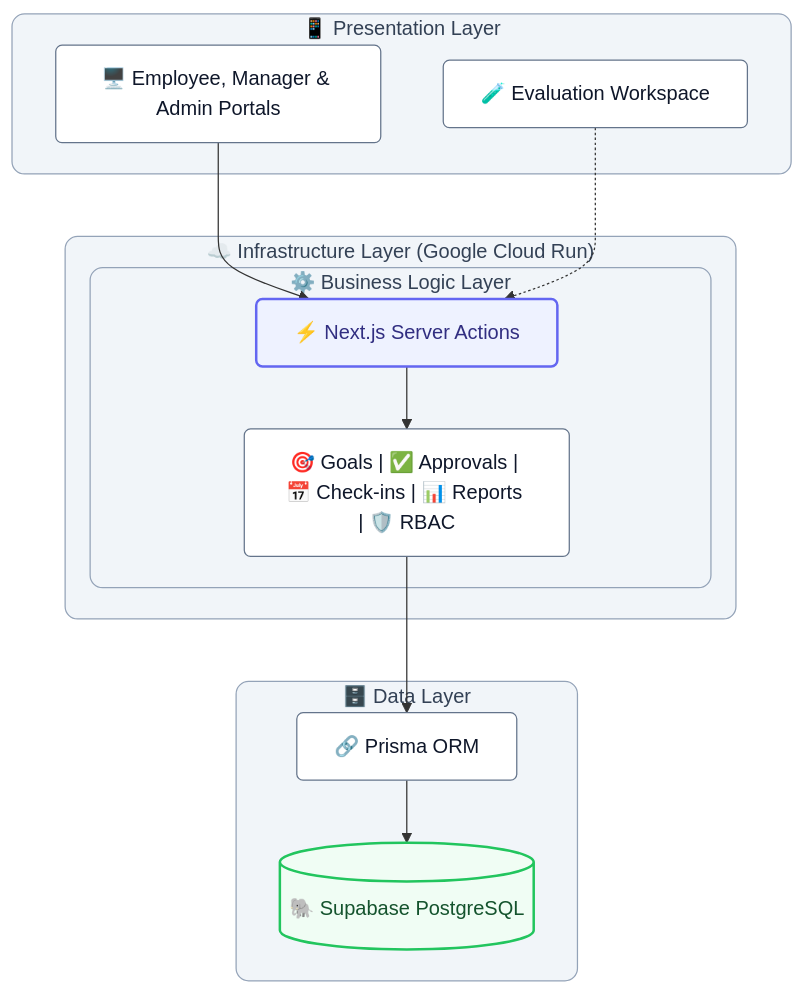
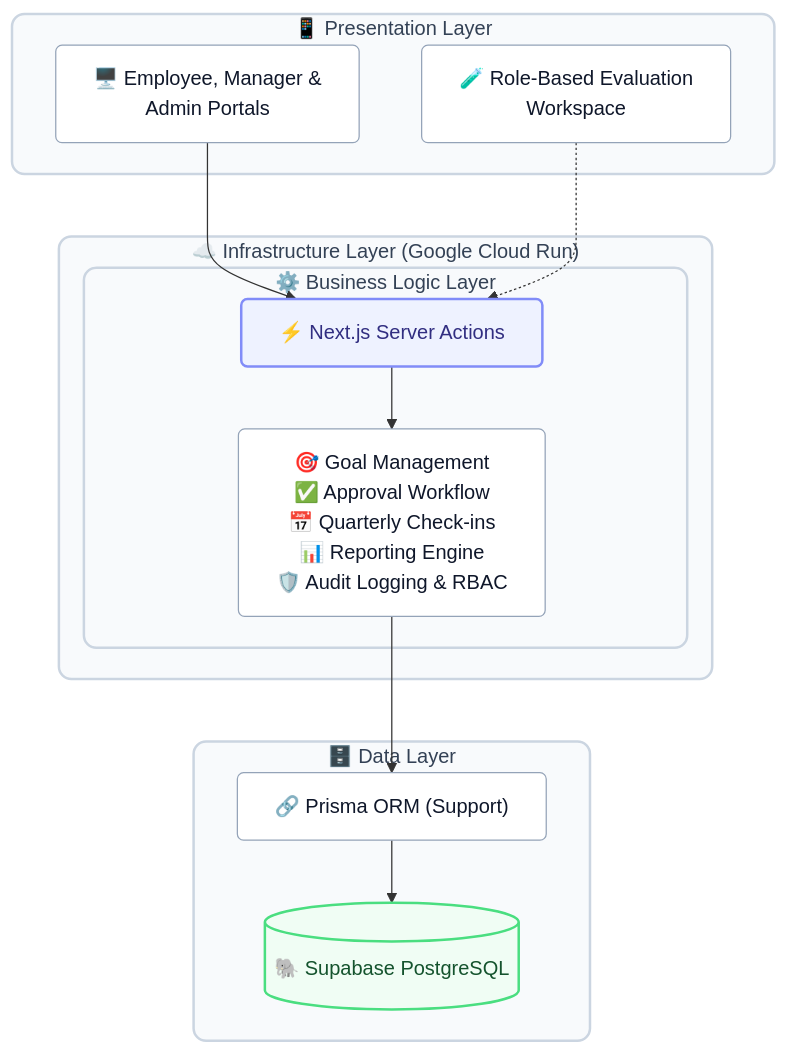
Before and after one commit to prakyath006/Velora: the diagram in README.md, drawn with Mermaid.

Commit message:
Revert architecture diagram to exact preferred layout from screenshot

````diff
--- a/README.md
+++ b/README.md
@@ -12,36 +12,36 @@
 ```mermaid
 graph TD
-    classDef layer fill:#f1f5f9,stroke:#94a3b8,stroke-width:1px,color:#334155,rx:10,ry:10;
-    classDef nodeBox fill:#ffffff,stroke:#64748b,stroke-width:1px,color:#0f172a,rx:5,ry:5;
-    classDef accent fill:#eef2ff,stroke:#6366f1,stroke-width:2px,color:#312e81,rx:5,ry:5;
-    classDef db fill:#f0fdf4,stroke:#22c55e,stroke-width:2px,color:#14532d;
+    classDef layer fill:#f8fafc,stroke:#cbd5e1,stroke-width:2px,color:#334155,rx:10,ry:10;
+    classDef nodeBox fill:#ffffff,stroke:#94a3b8,stroke-width:1px,color:#0f172a,rx:5,ry:5;
+    classDef accent fill:#eef2ff,stroke:#818cf8,stroke-width:2px,color:#312e81,rx:5,ry:5;
+    classDef db fill:#f0fdf4,stroke:#4ade80,stroke-width:2px,color:#14532d;
 
     %% Presentation Layer
     subgraph Presentation ["📱 Presentation Layer"]
-        UI["🖥️ Employee, Manager & Admin Portals"]:::nodeBox
-        Eval["🧪 Evaluation Workspace"]:::nodeBox
+        UI["🖥️ Employee, Manager &<br/>Admin Portals"]:::nodeBox
+        Eval["🧪 Role-Based Evaluation<br/>Workspace"]:::nodeBox
     end
 
     %% Infrastructure wraps Business Logic
     subgraph Infra ["☁️ Infrastructure Layer (Google Cloud Run)"]
         subgraph Logic ["⚙️ Business Logic Layer"]
             SA["⚡ Next.js Server Actions"]:::accent
-            Modules["🎯 Goals | ✅ Approvals | 📅 Check-ins | 📊 Reports | 🛡️ RBAC"]:::nodeBox
+            Modules["🎯 Goal Management<br/>✅ Approval Workflow<br/>📅 Quarterly Check-ins<br/>📊 Reporting Engine<br/>🛡️ Audit Logging & RBAC"]:::nodeBox
         end
     end
 
     %% Data Layer
     subgraph Data ["🗄️ Data Layer"]
-        ORM["🔗 Prisma ORM"]:::nodeBox
+        ORM["🔗 Prisma ORM (Support)"]:::nodeBox
         DB[("🐘 Supabase PostgreSQL")]:::db
     end
 
     %% Connections
     UI --> SA
     Eval -.-> SA
     SA --> Modules
     Modules --> ORM
     ORM --> DB
 
     class Presentation,Infra,Logic,Data layer;
 ```
````
